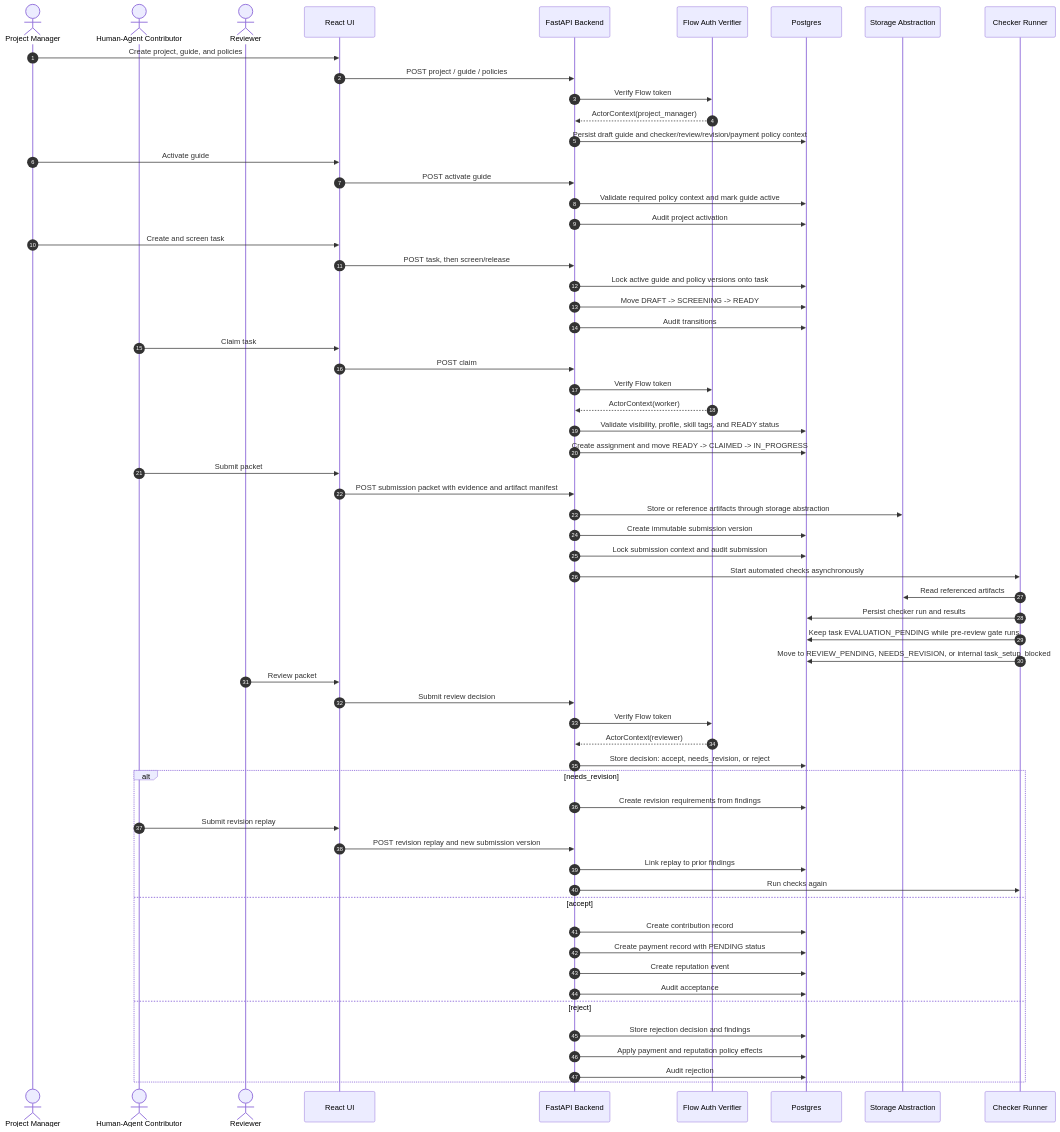
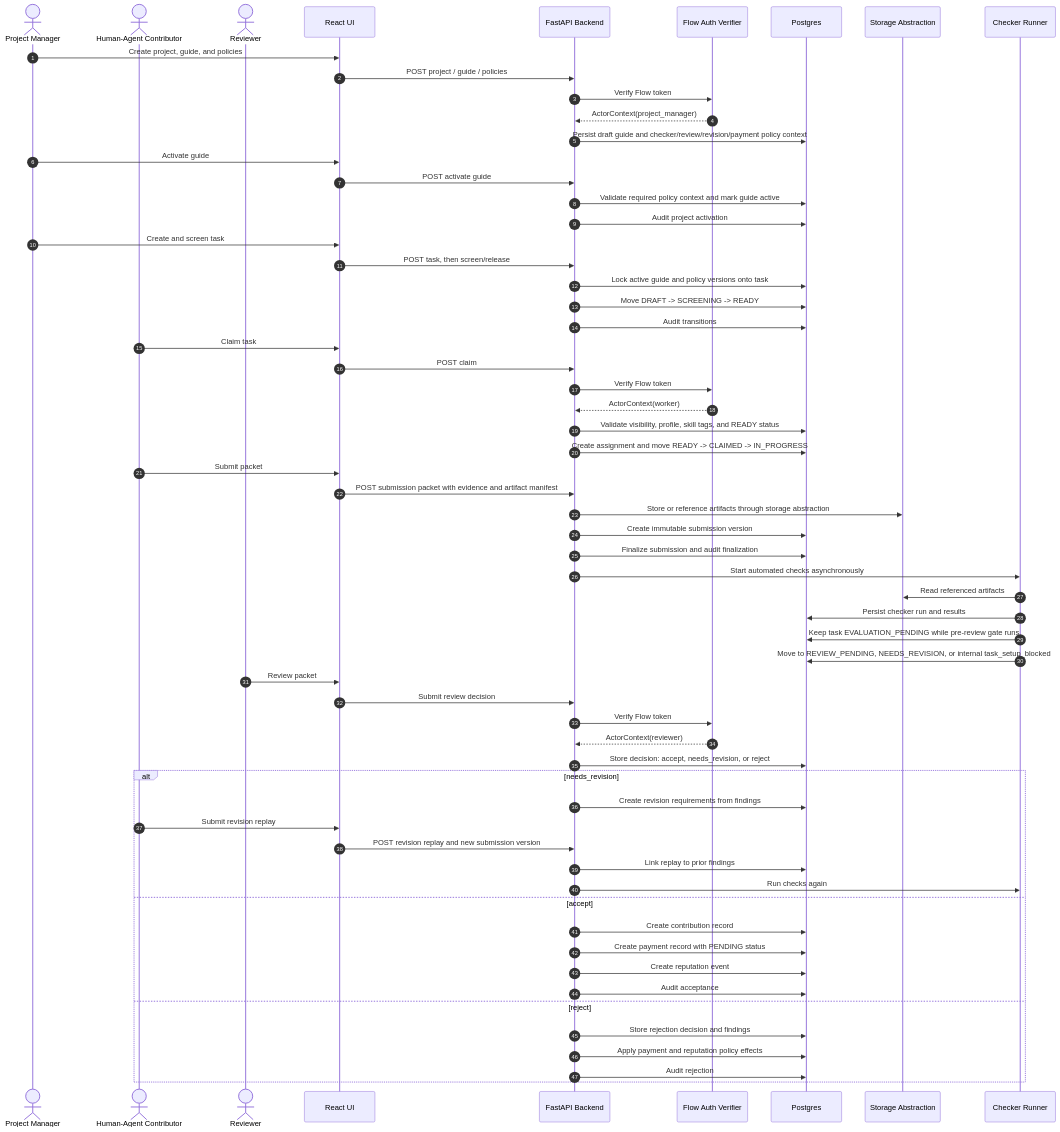
Before and after one commit to jorshimayor/workstream: the diagram in docs/diagrams/task_lifecycle_sequence.md, drawn with Mermaid. The commit also changed 37 other files, not shown here.

Commit message:
Finalize submission handoff and API proof

````diff
--- a/docs/diagrams/task_lifecycle_sequence.md
+++ b/docs/diagrams/task_lifecycle_sequence.md
@@ -7,72 +7,72 @@
 ```mermaid
 sequenceDiagram
   autonumber
   actor PM as Project Manager
   actor Worker as Human-Agent Contributor
   actor Reviewer as Reviewer
   participant UI as React UI
   participant API as FastAPI Backend
   participant Auth as Flow Auth Verifier
   participant DB as Postgres
   participant Storage as Storage Abstraction
   participant Checks as Checker Runner
 
   PM->>UI: Create project, guide, and policies
   UI->>API: POST project / guide / policies
   API->>Auth: Verify Flow token
   Auth-->>API: ActorContext(project_manager)
   API->>DB: Persist draft guide and checker/review/revision/payment policy context
 
   PM->>UI: Activate guide
   UI->>API: POST activate guide
   API->>DB: Validate required policy context and mark guide active
   API->>DB: Audit project activation
 
   PM->>UI: Create and screen task
   UI->>API: POST task, then screen/release
   API->>DB: Lock active guide and policy versions onto task
   API->>DB: Move DRAFT -> SCREENING -> READY
   API->>DB: Audit transitions
 
   Worker->>UI: Claim task
   UI->>API: POST claim
   API->>Auth: Verify Flow token
   Auth-->>API: ActorContext(worker)
   API->>DB: Validate visibility, profile, skill tags, and READY status
   API->>DB: Create assignment and move READY -> CLAIMED -> IN_PROGRESS
 
   Worker->>UI: Submit packet
   UI->>API: POST submission packet with evidence and artifact manifest
   API->>Storage: Store or reference artifacts through storage abstraction
   API->>DB: Create immutable submission version
-  API->>DB: Lock submission context and audit submission
+  API->>DB: Finalize submission and audit finalization
 
   API->>Checks: Start automated checks asynchronously
   Checks->>Storage: Read referenced artifacts
   Checks->>DB: Persist checker run and results
   Checks->>DB: Keep task EVALUATION_PENDING while pre-review gate runs
   Checks->>DB: Move to REVIEW_PENDING, NEEDS_REVISION, or internal task_setup_blocked
 
   Reviewer->>UI: Review packet
   UI->>API: Submit review decision
   API->>Auth: Verify Flow token
   Auth-->>API: ActorContext(reviewer)
   API->>DB: Store decision: accept, needs_revision, or reject
 
   alt needs_revision
     API->>DB: Create revision requirements from findings
     Worker->>UI: Submit revision replay
     UI->>API: POST revision replay and new submission version
     API->>DB: Link replay to prior findings
     API->>Checks: Run checks again
   else accept
     API->>DB: Create contribution record
     API->>DB: Create payment record with PENDING status
     API->>DB: Create reputation event
     API->>DB: Audit acceptance
   else reject
     API->>DB: Store rejection decision and findings
     API->>DB: Apply payment and reputation policy effects
     API->>DB: Audit rejection
   end
 ```
````
